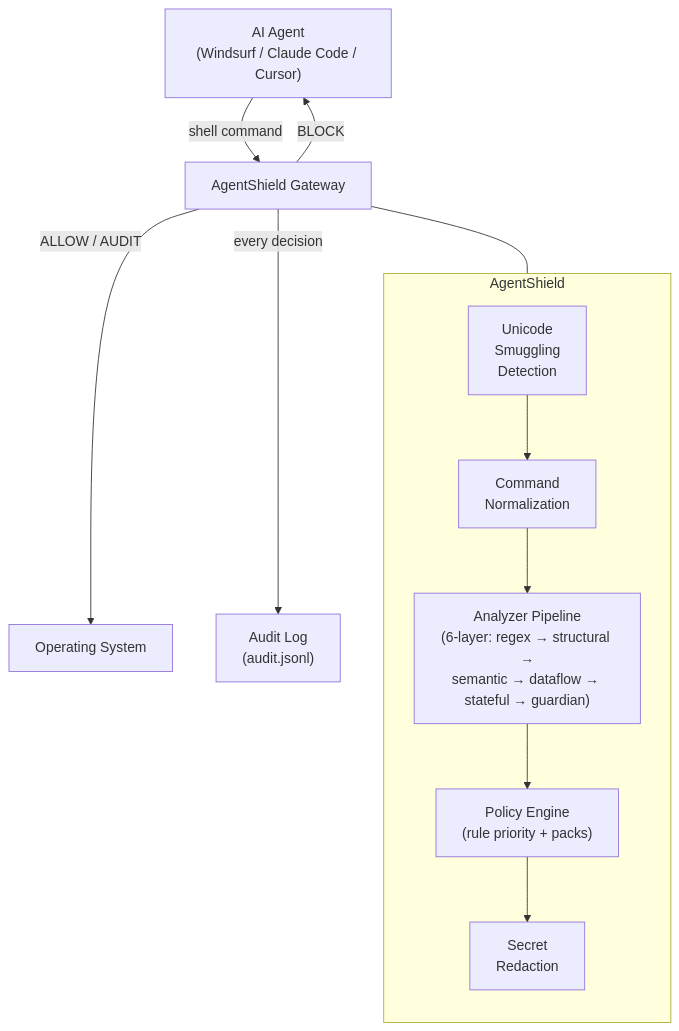
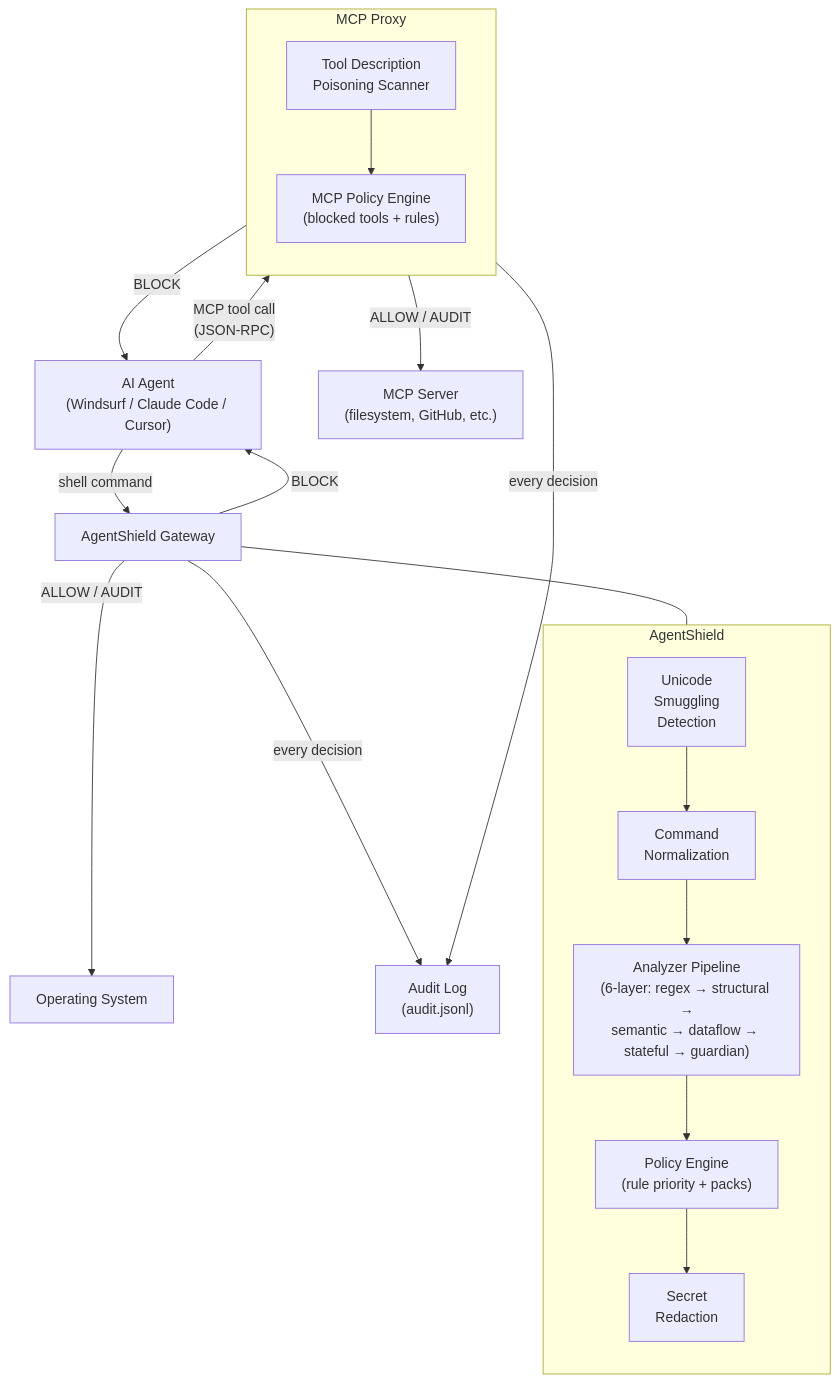
The first of 3 diagrams in docs/architecture.md (security-researcher-ca/AI-Agentic-Shield), drawn with Mermaid before and after one commit. The commit also changed other lines of this file and 2 other files, not shown here.

Commit message:
docs: update architecture diagrams and docs for MCP description scanning
- architecture.md: add MCP proxy to system overview diagram, add
  internal/mcp and internal/cli to key packages table
- mcp-mediation.md: add Tool Description Poisoning Detection section
  with 5 signal categories, fix tools/list row (now mediated),
  update design decisions and files table
- README.md: add MCP proxy to Quick Start, add mcp-policy.yaml to
  config tree, add MCP highlights to Security section

````diff
--- a/docs/architecture.md
+++ b/docs/architecture.md
@@ -5,25 +7,38 @@
 ```mermaid
 flowchart TB
     Agent["AI Agent\n(Windsurf / Claude Code / Cursor)"]
     AS["AgentShield Gateway"]
     OS["Operating System"]
+    MCP["MCP Server\n(filesystem, GitHub, etc.)"]
     Log["Audit Log\n(audit.jsonl)"]
 
     Agent -->|"shell command"| AS
     AS -->|"ALLOW / AUDIT"| OS
     AS -->|"BLOCK"| Agent
     AS -->|"every decision"| Log
+
+    Agent -->|"MCP tool call\n(JSON-RPC)"| MCPP
+    MCPP -->|"ALLOW / AUDIT"| MCP
+    MCPP -->|"BLOCK"| Agent
+    MCPP -->|"every decision"| Log
 
     subgraph AgentShield
         direction TB
         Unicode["Unicode\nSmuggling\nDetection"]
         Norm["Command\nNormalization"]
         Pipeline["Analyzer Pipeline\n(6-layer: regex → structural →\nsemantic → dataflow → stateful → guardian)"]
         Policy["Policy Engine\n(rule priority + packs)"]
         Redact["Secret\nRedaction"]
 
         Unicode --> Norm --> Pipeline --> Policy --> Redact
     end
 
+    subgraph MCPP["MCP Proxy"]
+        direction TB
+        DescScan["Tool Description\nPoisoning Scanner"]
+        MCPPolicy["MCP Policy Engine\n(blocked tools + rules)"]
+        DescScan --> MCPPolicy
+    end
+
     AS --- AgentShield
 ```
````
